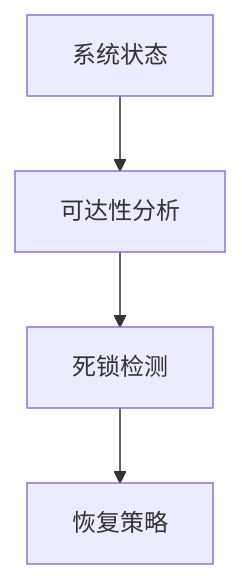
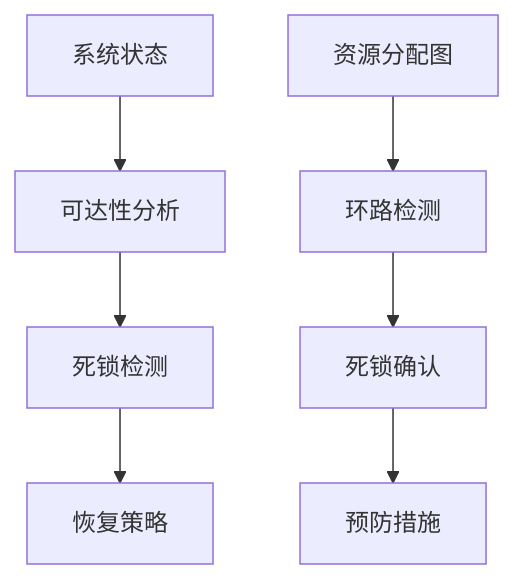
One commit to AdaMartin18010/Lean changed the tenth of 12 diagrams in analysis/1-形式化理论/1.4-Petri网与分布式系统/1.4.6-图表与多表征.md. Above: the diagram before and after it, drawn with Mermaid. The commit also changed other lines of this file and 23 other files, not shown here.

````diff
--- a/analysis/1-形式化理论/1.4-Petri网与分布式系统/1.4.6-图表与多表征.md
+++ b/analysis/1-形式化理论/1.4-Petri网与分布式系统/1.4.6-图表与多表征.md
@@ -45,6 +152,10 @@
 ```mermaid
 graph TD
   A[系统状态] --> B[可达性分析]
   B --> C[死锁检测]
   C --> D[恢复策略]
+  
+  E[资源分配图] --> F[环路检测]
+  F --> G[死锁确认]
+  G --> H[预防措施]
 ```
````
